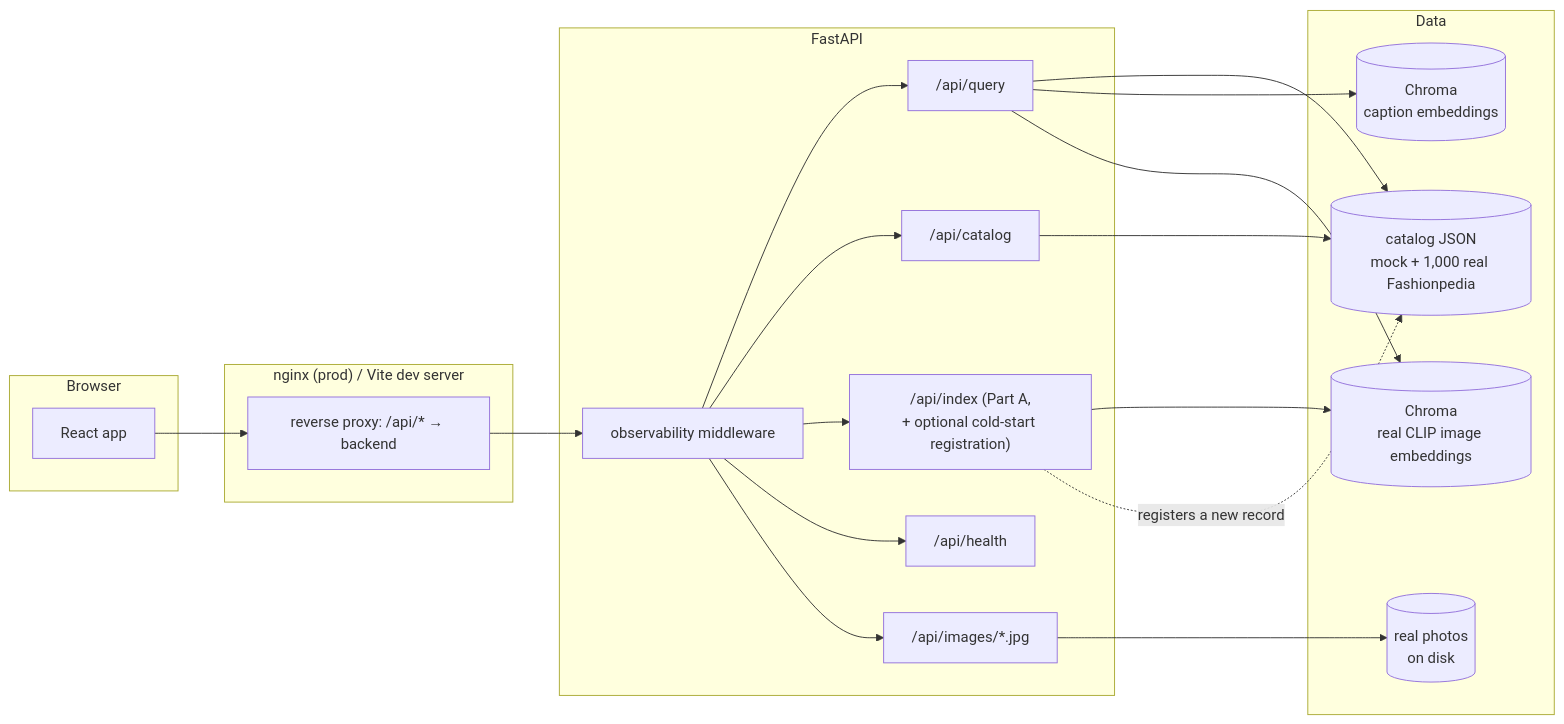
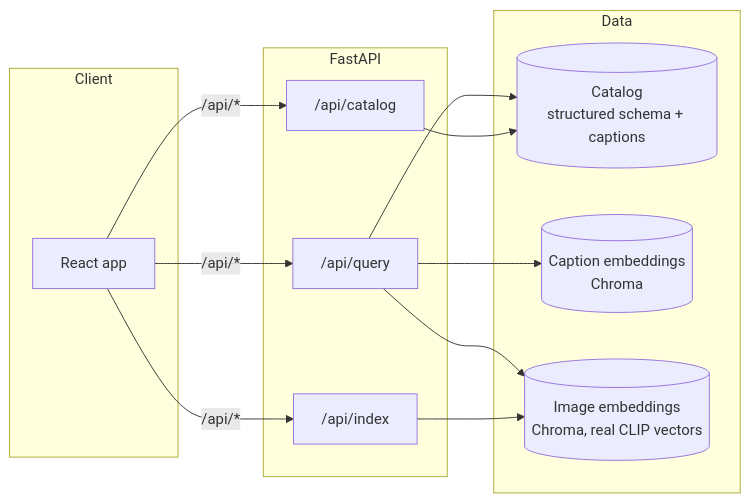
Before and after one commit to sh4shv4t/strand: the third of 3 diagrams in README.md, drawn with Mermaid. The commit also changed other lines of this file, not shown here.

````diff
--- a/README.md
+++ b/README.md
@@ -34,32 +70,20 @@
 ```mermaid
 flowchart LR
-  subgraph Browser
+  subgraph Client
     UI["React app"]
   end
-  subgraph Frontend["nginx (prod) / Vite dev server"]
-    PX["reverse proxy: /api/* → backend"]
-  end
   subgraph Backend["FastAPI"]
-    MW["observability middleware"]
     RQ["/api/query"]
     RC["/api/catalog"]
-    RI["/api/index (Part A,<br/>+ optional cold-start registration)"]
-    RH["/api/health"]
-    RIM["/api/images/*.jpg"]
+    RI["/api/index"]
   end
   subgraph Data
-    CAT[("catalog JSON<br/>mock + 1,000 real Fashionpedia")]
-    CH[("Chroma<br/>caption embeddings")]
-    IMG[("real photos<br/>on disk")]
-    IVX[("Chroma<br/>real CLIP image embeddings")]
+    CAT[("Catalog<br/>structured schema + captions")]
+    CH[("Caption embeddings<br/>Chroma")]
+    IVX[("Image embeddings<br/>Chroma, real CLIP vectors")]
   end
-  UI --> PX --> MW
-  MW --> RQ & RC & RI & RH & RIM
-  RQ --> CAT
-  RQ --> CH
-  RQ --> IVX
+  UI -->|"/api/*"| RQ & RC & RI
+  RQ --> CAT & CH & IVX
   RC --> CAT
   RI --> IVX
-  RI -.->|"registers a new record"| CAT
-  RIM --> IMG
 ```
````
